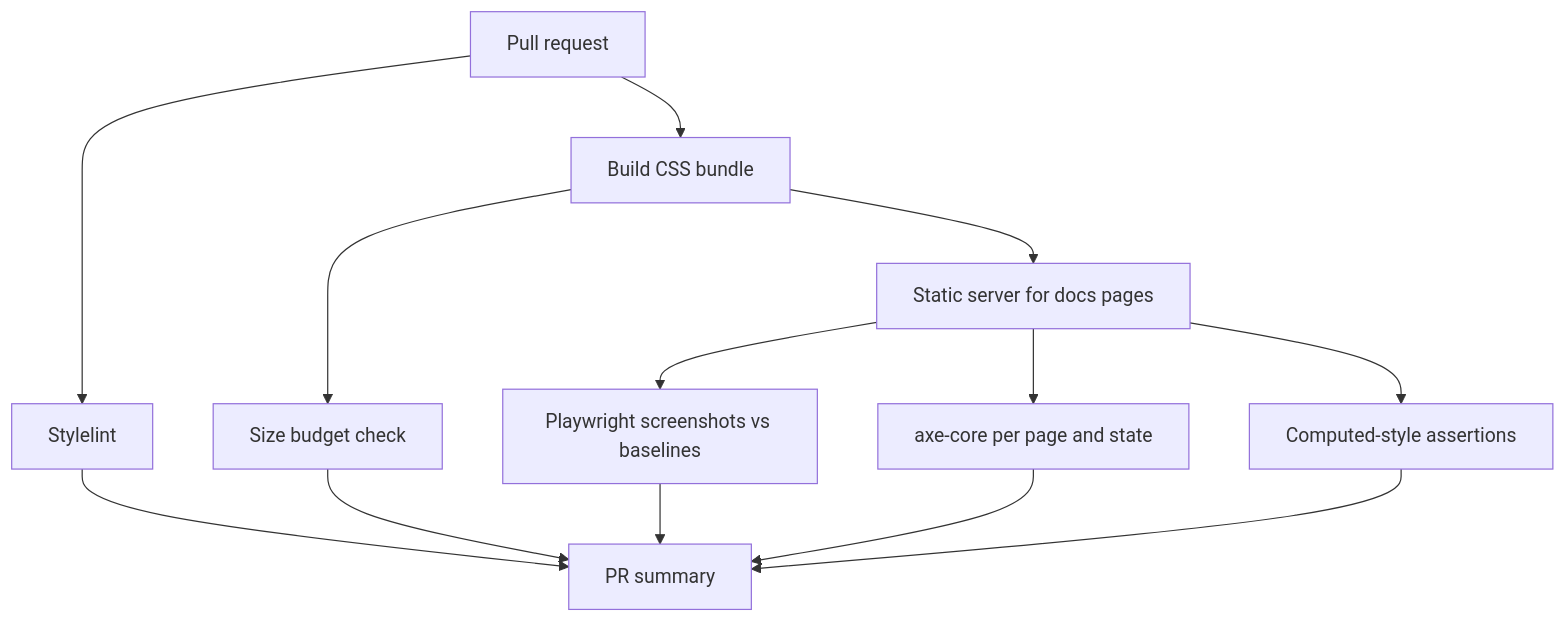
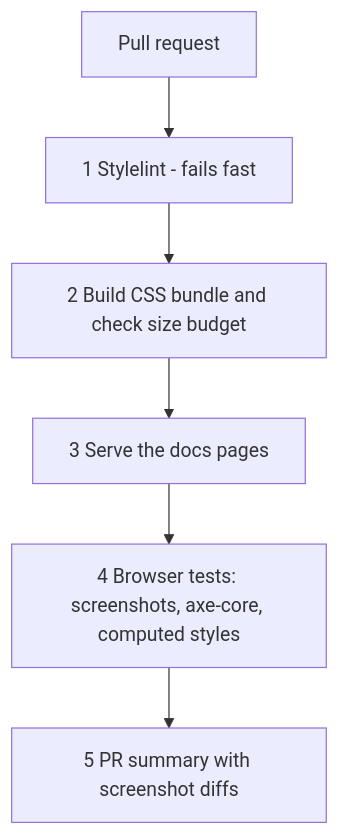
Before and after one commit to vsns11/interview_notes: diagram 39 of 40 in html-css/capstones/CAPSTONES.md, drawn with Mermaid. The commit also changed other lines of this file and 1 other file, not shown here.

Commit message:
HTML & CSS capstones: review fixes (browser support, project 39 diagram)
Claude-Session: https://claude.ai/code/session_0135zw8aUjjiAPejsgBr14QM

````diff
--- a/html-css/capstones/CAPSTONES.md
+++ b/html-css/capstones/CAPSTONES.md
@@ -4076,15 +4076,8 @@
 ```mermaid
 flowchart TD
-    PR["Pull request"] --> LINT["Stylelint"]
-    PR --> BUILDCSS["Build CSS bundle"]
-    BUILDCSS --> SIZE["Size budget check"]
-    BUILDCSS --> SERVE["Static server for docs pages"]
-    SERVE --> VIS["Playwright screenshots vs baselines"]
-    SERVE --> AXE["axe-core per page and state"]
-    SERVE --> COMP["Computed-style assertions"]
-    LINT --> REPORT["PR summary"]
-    SIZE --> REPORT
-    VIS --> REPORT
-    AXE --> REPORT
-    COMP --> REPORT
+    PR["Pull request"] --> LINT["1 Stylelint - fails fast"]
+    LINT --> BUILD["2 Build CSS bundle and check size budget"]
+    BUILD --> SERVE["3 Serve the docs pages"]
+    SERVE --> TESTS["4 Browser tests: screenshots, axe-core, computed styles"]
+    TESTS --> REPORT["5 PR summary with screenshot diffs"]
 ```
````
